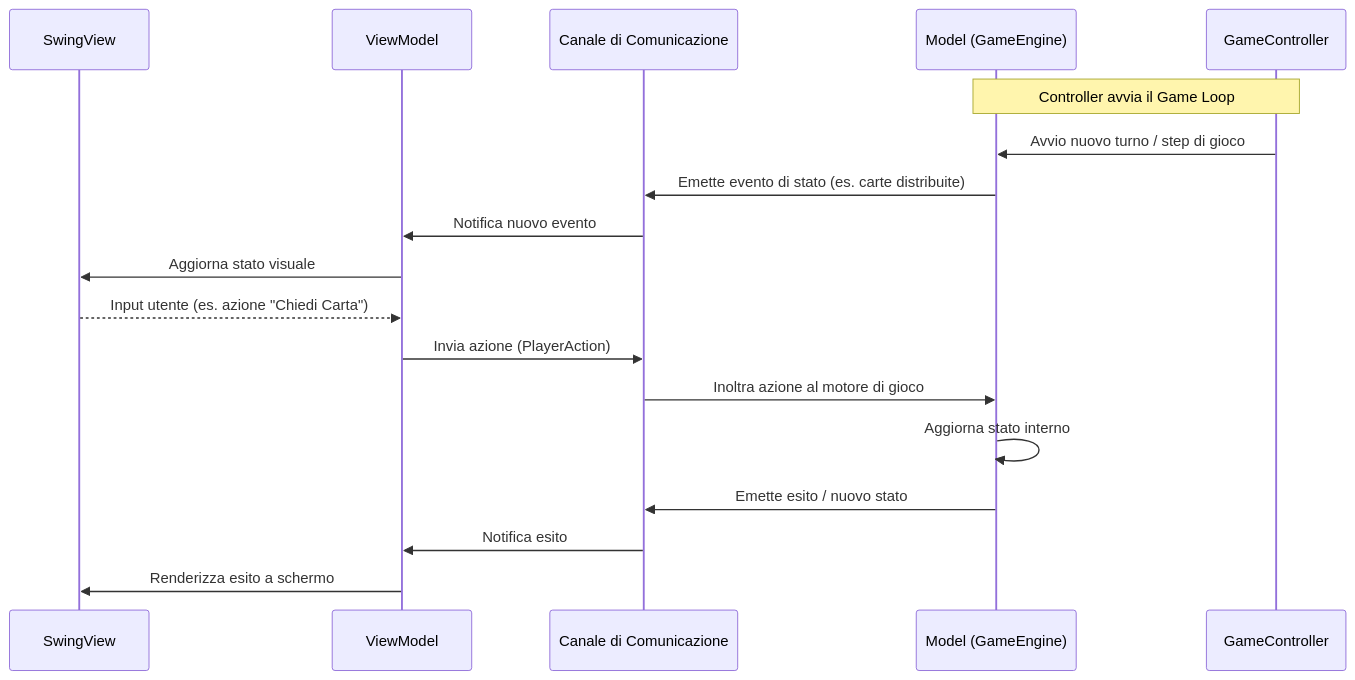
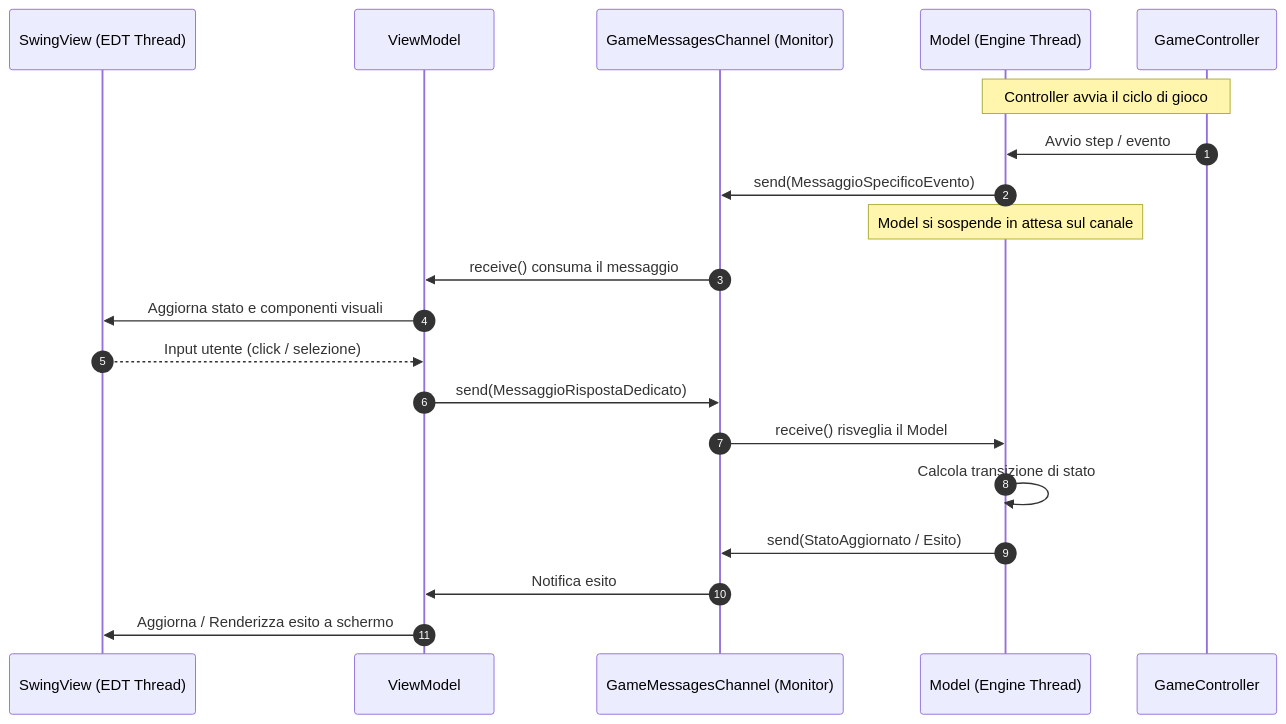
The second of 2 diagrams in docs/Design Architetturale/index.md (GiuseppeGambacorta/PPS-25-SCRYPTION), drawn with Mermaid before and after one commit. The commit also changed other lines of this file and 1 other file, not shown here.

````diff
--- a/docs/Design Architetturale/index.md
+++ b/docs/Design Architetturale/index.md
@@ -82,21 +80,23 @@
 ```mermaid
 sequenceDiagram
-    participant UI as SwingView
+    autonumber
+    participant UI as SwingView (EDT Thread)
     participant VM as ViewModel
-    participant CH as Canale di Comunicazione
-    participant M as Model (GameEngine)
+    participant CH as GameMessagesChannel (Monitor)
+    participant M as Model (Engine Thread)
     participant C as GameController
 
-    Note over C,M: Controller avvia il Game Loop
-    C->>M: Avvio nuovo turno / step di gioco
-    M->>CH: Emette evento di stato (es. carte distribuite)
-    CH->>VM: Notifica nuovo evento
-    VM->>UI: Aggiorna stato visuale
-    UI-->>VM: Input utente (es. azione "Chiedi Carta")
-    VM->>CH: Invia azione (PlayerAction)
-    CH->>M: Inoltra azione al motore di gioco
-    M->>M: Aggiorna stato interno
-    M->>CH: Emette esito / nuovo stato
+    Note over C,M: Controller avvia il ciclo di gioco
+    C->>M: Avvio step / evento
+    M->>CH: send(MessaggioSpecificoEvento)
+    Note over M: Model si sospende in attesa sul canale
+    CH->>VM: receive() consuma il messaggio
+    VM->>UI: Aggiorna stato e componenti visuali
+    UI-->>VM: Input utente (click / selezione)
+    VM->>CH: send(MessaggioRispostaDedicato)
+    CH->>M: receive() risveglia il Model
+    M->>M: Calcola transizione di stato
+    M->>CH: send(StatoAggiornato / Esito)
     CH->>VM: Notifica esito
-    VM->>UI: Renderizza esito a schermo
+    VM->>UI: Aggiorna / Renderizza esito a schermo
 ```
````
